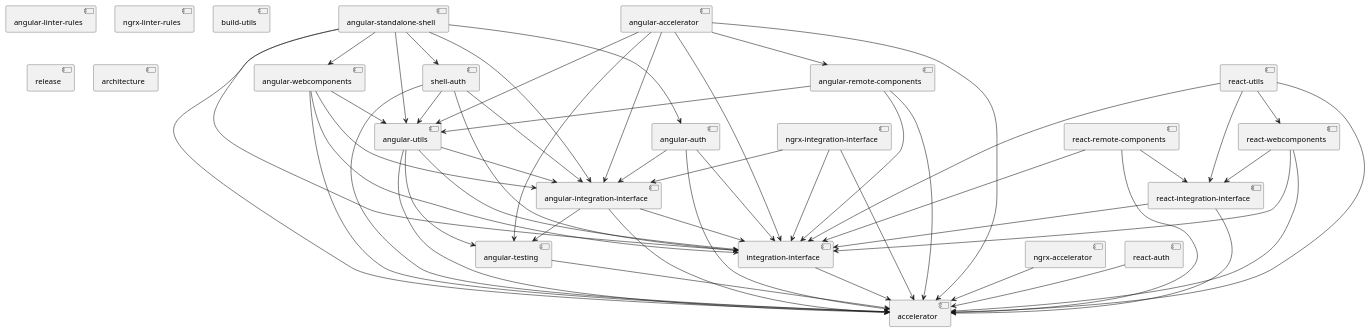
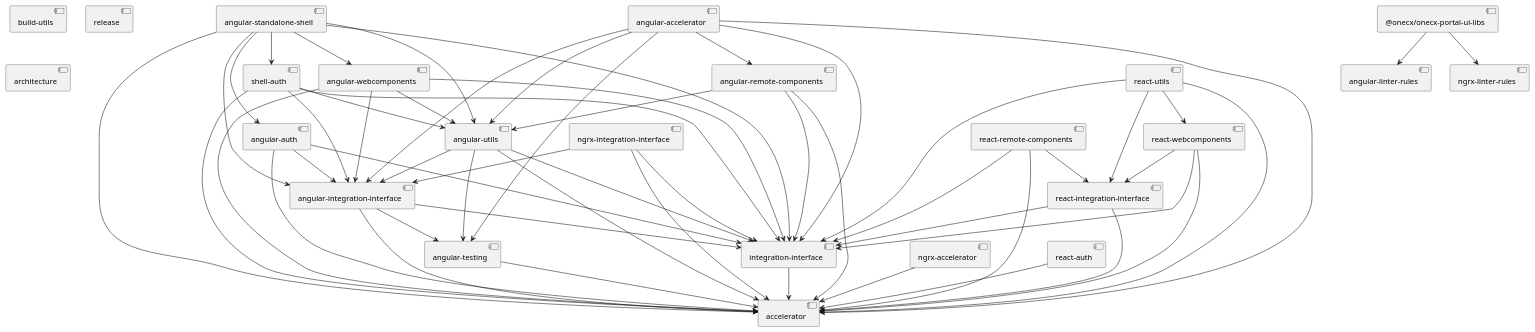
One commit to onecx/onecx-portal-ui-libs changed the diagram in tools/architecture/src/library-dependencies.puml. Above: the diagram before and after it, drawn with PlantUML.

Commit message:
chore: allow the root project to depend on the linter rules in the architecture diagram

```diff
--- a/tools/architecture/src/library-dependencies.puml
+++ b/tools/architecture/src/library-dependencies.puml
@@ -1,86 +1,90 @@
 @startuml
 ' Allowed dependencies between the Nx projects (incl. dependencies of tests and mocks).
 ' A dependency that is not listed here fails `npm run test:arch`. Add new edges deliberately:
 ' a library must only depend on libraries of the same or a lower layer.
 
 ' --- Framework independent core
 [integration-interface] --> [accelerator]
 
 ' --- Angular
 [angular-testing] --> [accelerator]
 
 [angular-integration-interface] --> [accelerator]
 [angular-integration-interface] --> [integration-interface]
 [angular-integration-interface] --> [angular-testing]
 
 [angular-utils] --> [accelerator]
 [angular-utils] --> [integration-interface]
 [angular-utils] --> [angular-integration-interface]
 [angular-utils] --> [angular-testing]
 
 [angular-auth] --> [accelerator]
 [angular-auth] --> [integration-interface]
 [angular-auth] --> [angular-integration-interface]
 
 [shell-auth] --> [accelerator]
 [shell-auth] --> [integration-interface]
 [shell-auth] --> [angular-integration-interface]
 [shell-auth] --> [angular-utils]
 
 [angular-remote-components] --> [accelerator]
 [angular-remote-components] --> [integration-interface]
 [angular-remote-components] --> [angular-utils]
 
 [angular-webcomponents] --> [accelerator]
 [angular-webcomponents] --> [integration-interface]
 [angular-webcomponents] --> [angular-integration-interface]
 [angular-webcomponents] --> [angular-utils]
 
 [angular-accelerator] --> [accelerator]
 [angular-accelerator] --> [integration-interface]
 [angular-accelerator] --> [angular-integration-interface]
 [angular-accelerator] --> [angular-utils]
 [angular-accelerator] --> [angular-remote-components]
 [angular-accelerator] --> [angular-testing]
 
 [angular-standalone-shell] --> [accelerator]
 [angular-standalone-shell] --> [integration-interface]
 [angular-standalone-shell] --> [angular-integration-interface]
 [angular-standalone-shell] --> [angular-utils]
 [angular-standalone-shell] --> [angular-auth]
 [angular-standalone-shell] --> [shell-auth]
 [angular-standalone-shell] --> [angular-webcomponents]
 
 ' --- NgRx (on top of Angular)
 [ngrx-accelerator] --> [accelerator]
 
 [ngrx-integration-interface] --> [accelerator]
 [ngrx-integration-interface] --> [integration-interface]
 [ngrx-integration-interface] --> [angular-integration-interface]
 
 ' --- React
 [react-auth] --> [accelerator]
 
 [react-integration-interface] --> [accelerator]
 [react-integration-interface] --> [integration-interface]
 
 [react-webcomponents] --> [accelerator]
 [react-webcomponents] --> [integration-interface]
 [react-webcomponents] --> [react-integration-interface]
 
 [react-remote-components] --> [accelerator]
 [react-remote-components] --> [integration-interface]
 [react-remote-components] --> [react-integration-interface]
 
 [react-utils] --> [accelerator]
 [react-utils] --> [integration-interface]
 [react-utils] --> [react-integration-interface]
 [react-utils] --> [react-webcomponents]
 
 ' --- Standalone tooling without dependencies on other projects
 [angular-linter-rules]
 [ngrx-linter-rules]
 [build-utils]
 [release]
 [architecture]
+
+' --- Workspace root: its ESLint config loads the linter rules from source
+[@onecx/onecx-portal-ui-libs] --> [angular-linter-rules]
+[@onecx/onecx-portal-ui-libs] --> [ngrx-linter-rules]
 @enduml
```
